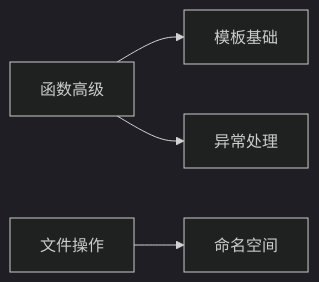
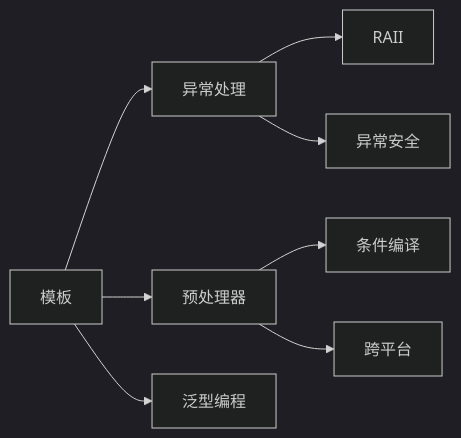
One commit to Azure12355/weilanx-guide changed the diagram in vuepress-hope/langs/cpp/04-advanced/README.md. Above: the diagram before and after it, drawn with Mermaid (dark theme). The commit also changed other lines of this file, not shown here.

````diff
--- a/vuepress-hope/langs/cpp/04-advanced/README.md
+++ b/vuepress-hope/langs/cpp/04-advanced/README.md
@@ -50,6 +36,11 @@
 ```mermaid
 flowchart LR
-    A[函数高级] --> B[模板基础]
-    A --> C[异常处理]
-    D[文件操作] --> E[命名空间]
+    A[模板] --> B[异常处理]
+    A --> C[预处理器]
+    B --> D[RAII]
+    C --> E[条件编译]
+
+    A --> A1[泛型编程]
+    B --> B1[异常安全]
+    C --> C1[跨平台]
 ```
````
